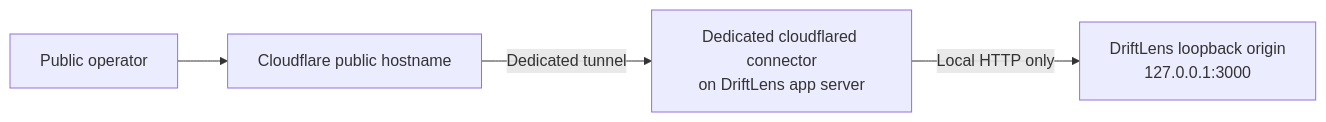
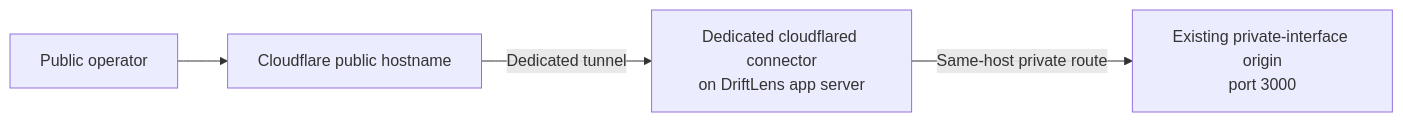
The second of 4 diagrams in docs/architecture.md (RGCsAGupta/driftlens), drawn with Mermaid before and after one commit. The commit also changed other lines of this file and 55 other files, not shown here.

````diff
--- a/docs/architecture.md
+++ b/docs/architecture.md
@@ -56,11 +56,11 @@
 ```mermaid
 flowchart LR
     Public["Public operator"]
     Edge["Cloudflare public hostname"]
     Connector["Dedicated cloudflared connector<br/>on DriftLens app server"]
-    Origin["DriftLens loopback origin<br/>127.0.0.1:3000"]
+    Origin["Existing private-interface origin<br/>port 3000"]
 
     Public --> Edge
     Edge -->|"Dedicated tunnel"| Connector
-    Connector -->|"Local HTTP only"| Origin
+    Connector -->|"Same-host private route"| Origin
 ```
````
